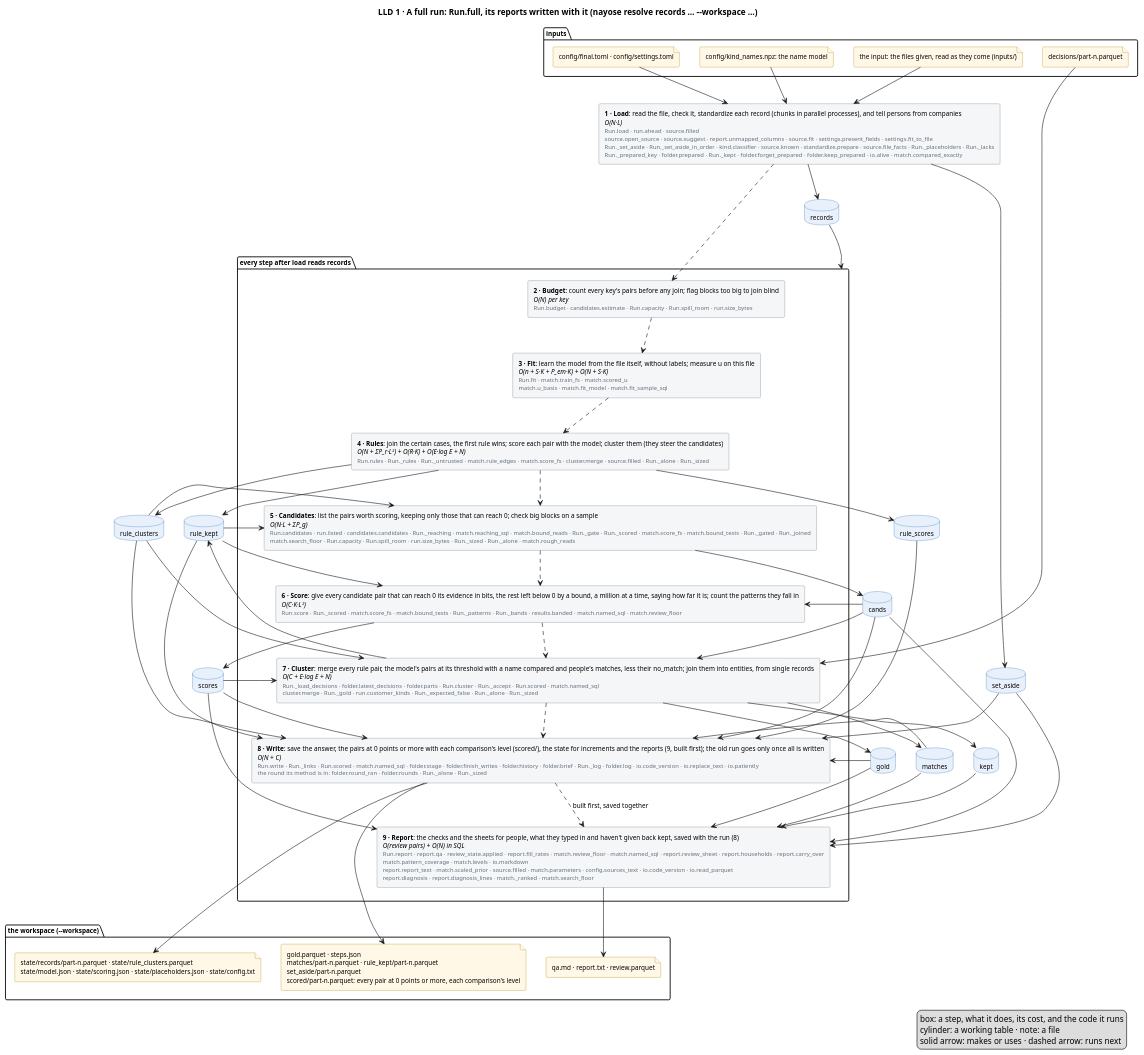
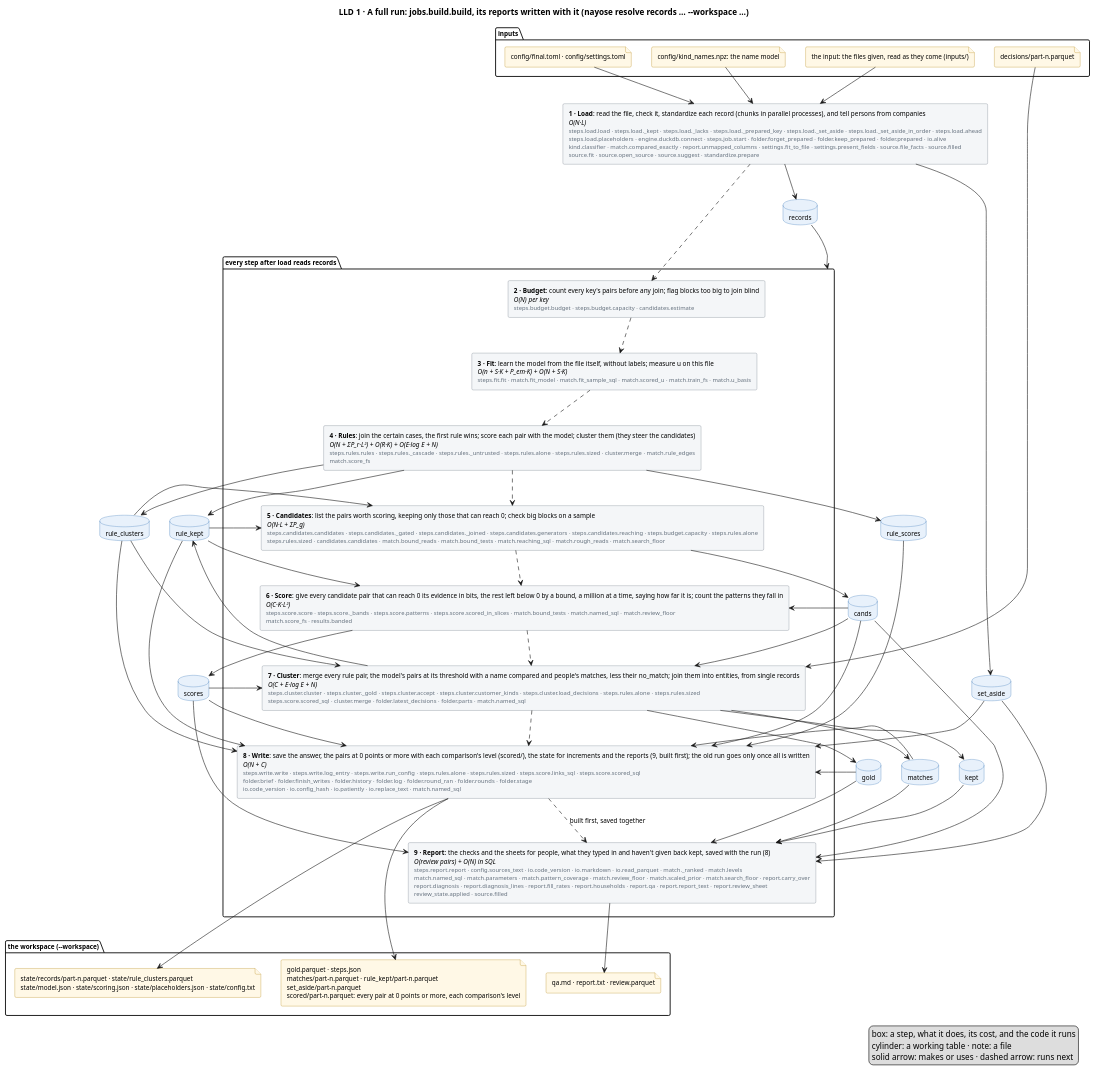
Before and after one commit to mvsbm/entity_matching: the diagram in docs/diagrams/full-run.puml, drawn with PlantUML. The commit also changed 61 other files, not shown here.

First line of the commit message:
The Run class goes: each step is one module with its inputs and result explicit (er/steps/), and each job reads top to bottom (er/jobs/)

```diff
--- a/docs/diagrams/full-run.puml
+++ b/docs/diagrams/full-run.puml
@@ -1,109 +1,109 @@
 @startuml full-run
-title LLD 1 · A full run: Run.full, its reports written with it (nayose resolve records … ~--workspace …)
+title LLD 1 · A full run: jobs.build.build, its reports written with it (nayose resolve records … ~--workspace …)
 skinparam defaultFontSize 11
 skinparam rectangle {
   BackgroundColor #F4F6F8
   BorderColor #65717E
 }
 skinparam database {
   BackgroundColor #E8F1FB
   BorderColor #2C6DB3
 }
 skinparam file {
   BackgroundColor #FFF8E6
   BorderColor #B07D00
 }
 
 package "inputs" {
   file "the input: the files given, read as they come (inputs/)" as f_input
   file "config/final.toml · config/settings.toml" as f_config
   file "config/kind_names.npz: the name model" as f_names
   file "decisions/part-n.parquet" as f_decisions
 }
 
 
-rectangle "<b>1 · Load</b>: read the file, check it, standardize each record (chunks in parallel processes), and tell persons from companies\n<i>O(N·L)</i>\n<size:10><color:#65717E>Run.load · run.ahead · source.filled</color></size>\n<size:10><color:#65717E>source.open_source · source.suggest · report.unmapped_columns · source.fit · settings.present_fields · settings.fit_to_file</color></size>\n<size:10><color:#65717E>Run._set_aside · Run._set_aside_in_order · kind.classifier · source.known · standardize.prepare · source.file_facts · Run._placeholders · Run._lacks</color></size>\n<size:10><color:#65717E>Run._prepared_key · folder.prepared · Run._kept · folder.forget_prepared · folder.keep_prepared · io.alive · match.compared_exactly</color></size>" as load
+rectangle "<b>1 · Load</b>: read the file, check it, standardize each record (chunks in parallel processes), and tell persons from companies\n<i>O(N·L)</i>\n<size:10><color:#65717E>steps.load.load · steps.load._kept · steps.load._lacks · steps.load._prepared_key · steps.load._set_aside · steps.load._set_aside_in_order · steps.load.ahead</color></size>\n<size:10><color:#65717E>steps.load.placeholders · engine.duckdb.connect · steps.job.start · folder.forget_prepared · folder.keep_prepared · folder.prepared · io.alive</color></size>\n<size:10><color:#65717E>kind.classifier · match.compared_exactly · report.unmapped_columns · settings.fit_to_file · settings.present_fields · source.file_facts · source.filled</color></size>\n<size:10><color:#65717E>source.fit · source.open_source · source.suggest · standardize.prepare</color></size>" as load
 package "every step after load reads records" as after_load {
-  rectangle "<b>2 · Budget</b>: count every key's pairs before any join; flag blocks too big to join blind\n<i>O(N) per key</i>\n<size:10><color:#65717E>Run.budget · candidates.estimate · Run.capacity · Run.spill_room · run.size_bytes</color></size>" as budget
-  rectangle "<b>3 · Fit</b>: learn the model from the file itself, without labels; measure u on this file\n<i>O(n + S·K + P_em·K) + O(N + S·K)</i>\n<size:10><color:#65717E>Run.fit · match.train_fs · match.scored_u</color></size>\n<size:10><color:#65717E>match.u_basis · match.fit_model · match.fit_sample_sql</color></size>" as fit
-  rectangle "<b>4 · Rules</b>: join the certain cases, the first rule wins; score each pair with the model; cluster them (they steer the candidates)\n<i>O(N + ΣP_r·L²) + O(R·K) + O(E·log E + N)</i>\n<size:10><color:#65717E>Run.rules · Run._rules · Run._untrusted · match.rule_edges · match.score_fs · cluster.merge · source.filled · Run._alone · Run._sized</color></size>" as rules
-  rectangle "<b>5 · Candidates</b>: list the pairs worth scoring, keeping only those that can reach 0; check big blocks on a sample\n<i>O(N·L + ΣP_g)</i>\n<size:10><color:#65717E>Run.candidates · run.listed · candidates.candidates · Run._reaching · match.reaching_sql · match.bound_reads · Run._gate · Run._scored · match.score_fs · match.bound_tests · Run._gated · Run._joined</color></size>\n<size:10><color:#65717E>match.search_floor · Run.capacity · Run.spill_room · run.size_bytes · Run._sized · Run._alone · match.rough_reads</color></size>" as candidates
-  rectangle "<b>6 · Score</b>: give every candidate pair that can reach 0 its evidence in bits, the rest left below 0 by a bound, a million at a time, saying how far it is; count the patterns they fall in\n<i>O(C·K·L²)</i>\n<size:10><color:#65717E>Run.score · Run._scored · match.score_fs · match.bound_tests · Run._patterns · Run._bands · results.banded · match.named_sql · match.review_floor</color></size>" as score
-  rectangle "<b>7 · Cluster</b>: merge every rule pair, the model's pairs at its threshold with a name compared and people's matches, less their no_match; join them into entities, from single records\n<i>O(C + E·log E + N)</i>\n<size:10><color:#65717E>Run._load_decisions · folder.latest_decisions · folder.parts · Run.cluster · Run._accept · Run.scored · match.named_sql</color></size>\n<size:10><color:#65717E>cluster.merge · Run._gold · run.customer_kinds · Run._expected_false · Run._alone · Run._sized</color></size>" as cluster
-  rectangle "<b>8 · Write</b>: save the answer, the pairs at 0 points or more with each comparison's level (scored/), the state for increments and the reports (9, built first); the old run goes only once all is written\n<i>O(N + C)</i>\n<size:10><color:#65717E>Run.write · Run._links · Run.scored · match.named_sql · folder.stage · folder.finish_writes · folder.history · folder.brief · Run._log · folder.log · io.code_version · io.replace_text · io.patiently</color></size>\n<size:10><color:#65717E>the round its method is in: folder.round_ran · folder.rounds · Run._alone · Run._sized</color></size>" as write
-  rectangle "<b>9 · Report</b>: the checks and the sheets for people, what they typed in and haven't given back kept, saved with the run (8)\n<i>O(review pairs) + O(N) in SQL</i>\n<size:10><color:#65717E>Run.report · report.qa · review_state.applied · report.fill_rates · match.review_floor · match.named_sql · report.review_sheet · report.households · report.carry_over</color></size>\n<size:10><color:#65717E>match.pattern_coverage · match.levels · io.markdown</color></size>\n<size:10><color:#65717E>report.report_text · match.scaled_prior · source.filled · match.parameters · config.sources_text · io.code_version · io.read_parquet</color></size>\n<size:10><color:#65717E>report.diagnosis · report.diagnosis_lines · match._ranked · match.search_floor</color></size>" as report
+  rectangle "<b>2 · Budget</b>: count every key's pairs before any join; flag blocks too big to join blind\n<i>O(N) per key</i>\n<size:10><color:#65717E>steps.budget.budget · steps.budget.capacity · candidates.estimate</color></size>" as budget
+  rectangle "<b>3 · Fit</b>: learn the model from the file itself, without labels; measure u on this file\n<i>O(n + S·K + P_em·K) + O(N + S·K)</i>\n<size:10><color:#65717E>steps.fit.fit · match.fit_model · match.fit_sample_sql · match.scored_u · match.train_fs · match.u_basis</color></size>" as fit
+  rectangle "<b>4 · Rules</b>: join the certain cases, the first rule wins; score each pair with the model; cluster them (they steer the candidates)\n<i>O(N + ΣP_r·L²) + O(R·K) + O(E·log E + N)</i>\n<size:10><color:#65717E>steps.rules.rules · steps.rules._cascade · steps.rules._untrusted · steps.rules.alone · steps.rules.sized · cluster.merge · match.rule_edges</color></size>\n<size:10><color:#65717E>match.score_fs</color></size>" as rules
+  rectangle "<b>5 · Candidates</b>: list the pairs worth scoring, keeping only those that can reach 0; check big blocks on a sample\n<i>O(N·L + ΣP_g)</i>\n<size:10><color:#65717E>steps.candidates.candidates · steps.candidates._gated · steps.candidates._joined · steps.candidates.generators · steps.candidates.reaching · steps.budget.capacity · steps.rules.alone</color></size>\n<size:10><color:#65717E>steps.rules.sized · candidates.candidates · match.bound_reads · match.bound_tests · match.reaching_sql · match.rough_reads · match.search_floor</color></size>" as candidates
+  rectangle "<b>6 · Score</b>: give every candidate pair that can reach 0 its evidence in bits, the rest left below 0 by a bound, a million at a time, saying how far it is; count the patterns they fall in\n<i>O(C·K·L²)</i>\n<size:10><color:#65717E>steps.score.score · steps.score._bands · steps.score.patterns · steps.score.scored_in_slices · match.bound_tests · match.named_sql · match.review_floor</color></size>\n<size:10><color:#65717E>match.score_fs · results.banded</color></size>" as score
+  rectangle "<b>7 · Cluster</b>: merge every rule pair, the model's pairs at its threshold with a name compared and people's matches, less their no_match; join them into entities, from single records\n<i>O(C + E·log E + N)</i>\n<size:10><color:#65717E>steps.cluster.cluster · steps.cluster._gold · steps.cluster.accept · steps.cluster.customer_kinds · steps.cluster.load_decisions · steps.rules.alone · steps.rules.sized</color></size>\n<size:10><color:#65717E>steps.score.scored_sql · cluster.merge · folder.latest_decisions · folder.parts · match.named_sql</color></size>" as cluster
+  rectangle "<b>8 · Write</b>: save the answer, the pairs at 0 points or more with each comparison's level (scored/), the state for increments and the reports (9, built first); the old run goes only once all is written\n<i>O(N + C)</i>\n<size:10><color:#65717E>steps.write.write · steps.write.log_entry · steps.write.run_config · steps.rules.alone · steps.rules.sized · steps.score.links_sql · steps.score.scored_sql</color></size>\n<size:10><color:#65717E>folder.brief · folder.finish_writes · folder.history · folder.log · folder.round_ran · folder.rounds · folder.stage</color></size>\n<size:10><color:#65717E>io.code_version · io.config_hash · io.patiently · io.replace_text · match.named_sql</color></size>" as write
+  rectangle "<b>9 · Report</b>: the checks and the sheets for people, what they typed in and haven't given back kept, saved with the run (8)\n<i>O(review pairs) + O(N) in SQL</i>\n<size:10><color:#65717E>steps.report.report · config.sources_text · io.code_version · io.markdown · io.read_parquet · match._ranked · match.levels</color></size>\n<size:10><color:#65717E>match.named_sql · match.parameters · match.pattern_coverage · match.review_floor · match.scaled_prior · match.search_floor · report.carry_over</color></size>\n<size:10><color:#65717E>report.diagnosis · report.diagnosis_lines · report.fill_rates · report.households · report.qa · report.report_text · report.review_sheet</color></size>\n<size:10><color:#65717E>review_state.applied · source.filled</color></size>" as report
 }
 database "records" as records
 database "set_aside" as set_aside
 database "rule_clusters" as rule_clusters
 database "rule_kept" as rule_kept
 database "cands" as cands
 database "scores" as scores
 database "rule_scores" as rule_scores
 database "matches" as matches
 database "kept" as kept
 database "gold" as gold
 
 package "the workspace (~--workspace)" {
   file "gold.parquet · steps.json\nmatches/part-n.parquet · rule_kept/part-n.parquet\nset_aside/part-n.parquet\nscored/part-n.parquet: every pair at 0 points or more, each comparison's level" as f_out
   file "state/records/part-n.parquet · state/rule_clusters.parquet\nstate/model.json · state/scoring.json · state/placeholders.json · state/config.txt" as f_state
   file "qa.md · report.txt · review.parquet" as f_people
 }
 
 f_input --> load
 f_config --> load
 f_names --> load
 f_decisions --> cluster
 
 load ..> budget
 budget ..> fit
 fit ..> rules
 rules ..> candidates
 candidates ..> score
 score ..> cluster
 cluster ..> write
 write ..> report : built first, saved together
 
 load --> records
 load --> set_aside
 records --> after_load
 rules --> rule_clusters
 rules --> rule_kept
 rules --> rule_scores
 rule_scores --> write
 cands --> write
 scores --> write
 rule_clusters --> candidates
 rule_clusters --> cluster
 rule_clusters --> write
 rule_kept --> write
 rule_kept --> candidates
 rule_kept --> score
 candidates --> cands
 cands --> score
 cands --> cluster
 cands --> report
 score --> scores
 scores --> cluster
 scores --> report
 cluster --> matches
 cluster --> kept
 cluster --> rule_kept
 kept --> report
 cluster --> gold
 matches --> write
 matches --> report
 gold --> write
 gold --> report
 set_aside --> write
 set_aside --> report
 
 write --> f_out
 write --> f_state
 report --> f_people
 legend right
   box: a step, what it does, its cost, and the code it runs
   cylinder: a working table · note: a file
   solid arrow: makes or uses · dashed arrow: runs next
 endlegend
 @enduml
```
